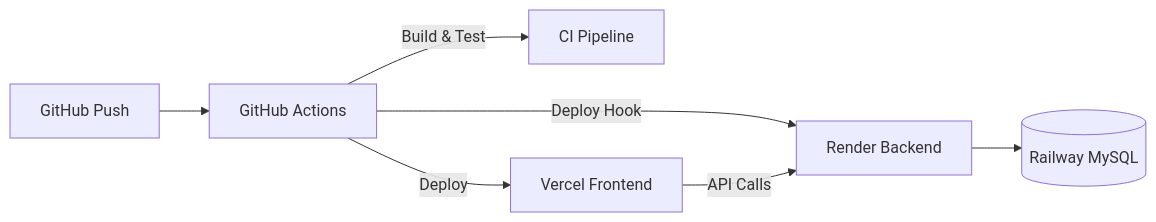
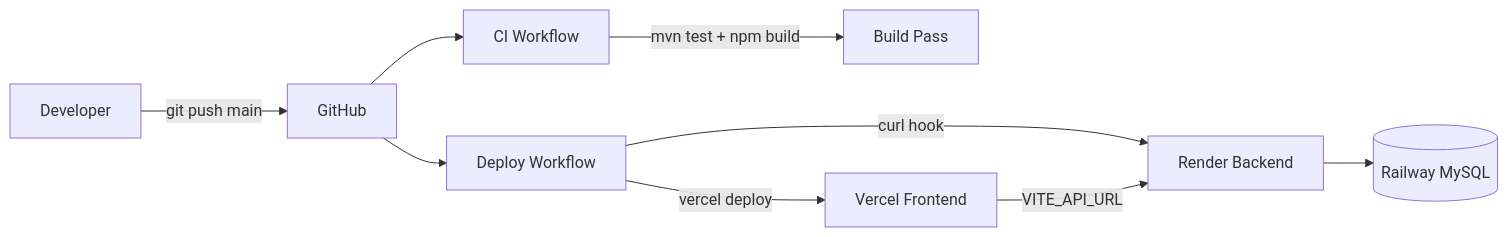
The fourth of 4 diagrams in docs/ARCHITECTURE.md (manisai03/Globalco), drawn with Mermaid before and after one commit. The commit also changed other lines of this file and 7 other files, not shown here.

````diff
--- a/docs/ARCHITECTURE.md
+++ b/docs/ARCHITECTURE.md
@@ -101,9 +186,11 @@
 ```mermaid
 flowchart LR
-    GH[GitHub Push] --> GHA[GitHub Actions]
-    GHA -->|Build & Test| CI[CI Pipeline]
-    GHA -->|Deploy| VER[Vercel Frontend]
-    GHA -->|Deploy Hook| REN[Render Backend]
+    DEV[Developer] -->|git push main| GH[GitHub]
+    GH --> CI[CI Workflow]
+    GH --> DEP[Deploy Workflow]
+    CI -->|mvn test + npm build| PASS[Build Pass]
+    DEP -->|curl hook| REN[Render Backend]
+    DEP -->|vercel deploy| VER[Vercel Frontend]
     REN --> MYSQL[(Railway MySQL)]
-    VER -->|API Calls| REN
+    VER -->|VITE_API_URL| REN
 ```
````
